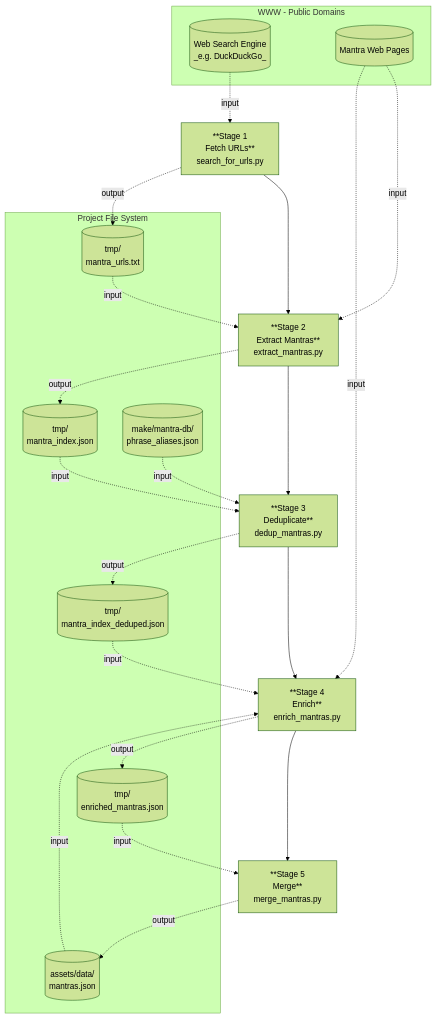
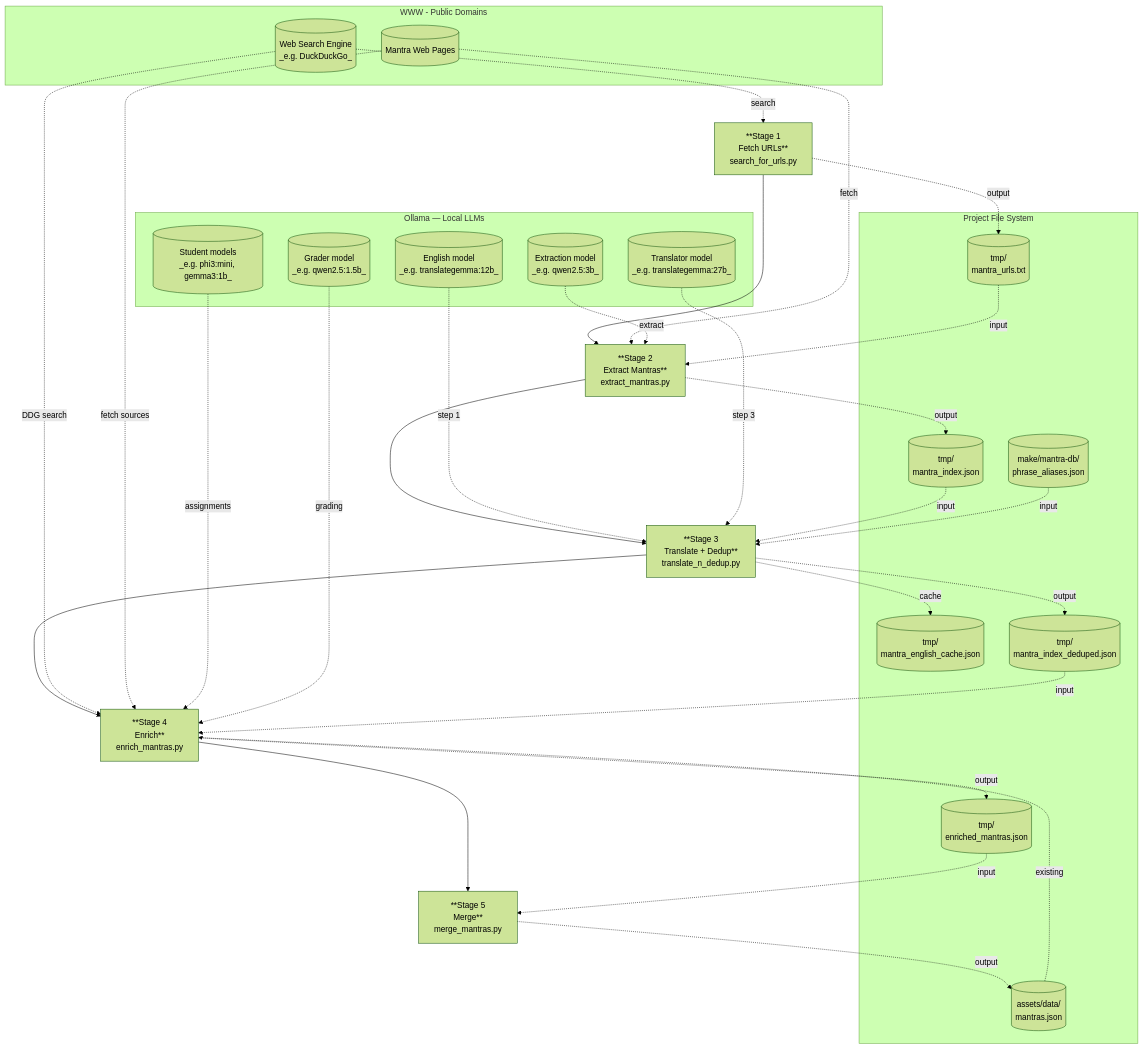
The diagram in make/mantra-db/README.md (E-Brons/MyMantra), drawn with Mermaid (forest theme) before and after one commit. The commit also changed other lines of this file and 8 other files, not shown here.

Commit message:
building the mantras DB - moved translation to stage 3

````diff
--- a/make/mantra-db/README.md
+++ b/make/mantra-db/README.md
@@ -30,34 +30,52 @@
 ```mermaid
 flowchart TD
     subgraph internet["WWW - Public Domains"]
         WSE[("Web Search Engine<br/>_e.g. DuckDuckGo_")]
         WEB[("Mantra Web Pages")]
     end
 
+    subgraph ollama["Ollama — Local LLMs"]
+        LLM_EXT[("Extraction model<br/>_e.g. qwen2.5:3b_")]
+        LLM_ENG[("English model<br/>_e.g. translategemma:12b_")]
+        LLM_TRN[("Translator model<br/>_e.g. translategemma:27b_")]
+        LLM_STU[("Student models<br/>_e.g. phi3:mini, gemma3:1b_")]
+        LLM_GRD[("Grader model<br/>_e.g. qwen2.5:1.5b_")]
+    end
+
     S1["**Stage 1<br/> Fetch URLs**<br>search_for_urls.py"]
     S2["**Stage 2<br/> Extract Mantras**<br>extract_mantras.py"]
-    S3["**Stage 3<br/> Deduplicate**<br>dedup_mantras.py"]
+    S3["**Stage 3<br/> Translate + Dedup**<br>translate_n_dedup.py"]
     S4["**Stage 4<br/> Enrich**<br>enrich_mantras.py"]
     S5["**Stage 5<br/> Merge**<br>merge_mantras.py"]
 
     subgraph filesystem["Project File System"]
         URLS[("tmp/<br/>mantra_urls.txt")]
         INDEX[("tmp/<br/>mantra_index.json")]
+        ENGCACHE[("tmp/<br/>mantra_english_cache.json")]
         DEDUPED[("tmp/<br/>mantra_index_deduped.json")]
         ENRICHED[("tmp/<br/>enriched_mantras.json")]
         LIB[("assets/data/<br/>mantras.json")]
         ALIASES[("make/mantra-db/<br/>phrase_aliases.json")]
     end
 
     S1 -->S2-->S3-->S4-->S5
 
-    WSE .->|input| S1 .->|output| URLS
+    WSE .->|search| S1 .->|output| URLS
     URLS .->|input| S2
-    WEB .->|input| S2 .->|output| INDEX
+    WEB .->|fetch| S2 .->|output| INDEX
+    LLM_EXT .->|extract| S2
     INDEX .->|input| S3
-    ALIASES .->|input| S3 .->|output| DEDUPED
+    ALIASES .->|input| S3
+    LLM_ENG .->|step 1| S3
+    LLM_TRN .->|step 3| S3
+    S3 .->|cache| ENGCACHE
+    S3 .->|output| DEDUPED
     DEDUPED .->|input| S4
-    LIB .->|input| S4
-    WEB .->|input| S4 .->|output| ENRICHED
+    LIB .->|existing| S4
+    WSE .->|DDG search| S4
+    WEB .->|fetch sources| S4
+    LLM_STU .->|assignments| S4
+    LLM_GRD .->|grading| S4
+    S4 .->|output| ENRICHED
     ENRICHED .->|input| S5 .->|output| LIB
 ```
````
